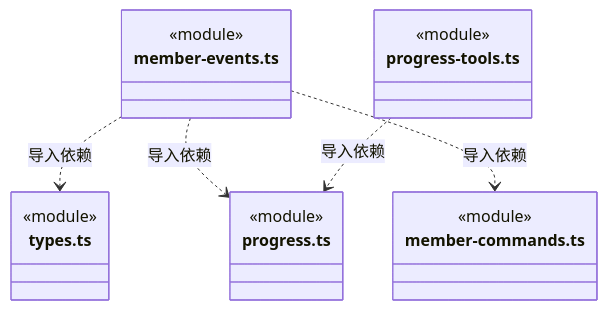
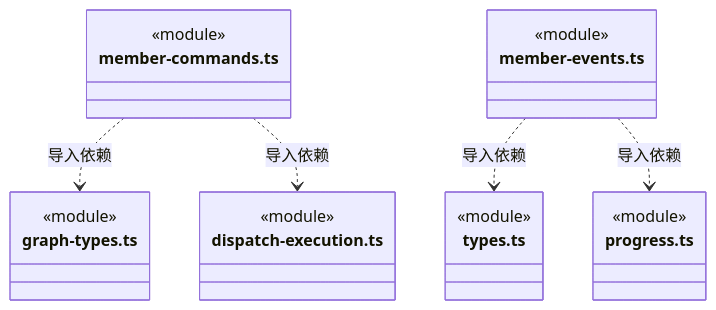
Diagram 43 of 47 in src/backend/core/tasks/ARCHITECTURE.md (nan023062/cbim), drawn with Mermaid before and after one commit. The commit also changed other lines of this file and 55 other files, not shown here.

````diff
--- a/src/backend/core/tasks/ARCHITECTURE.md
+++ b/src/backend/core/tasks/ARCHITECTURE.md
@@ -1074,22 +1099,25 @@
 ```mermaid
 classDiagram
+class N_src_backend_core_tasks_member_commands_ts["member-commands.ts"] {
+  <<module>>
+}
+class N_src_backend_core_tasks_graph_types_ts["graph-types.ts"] {
+  <<module>>
+}
+class N_src_backend_core_tasks_dispatch_execution_ts["dispatch-execution.ts"] {
+  <<module>>
+}
 class N_src_backend_core_tasks_member_events_ts["member-events.ts"] {
   <<module>>
 }
 class N_src_backend_core_tasks_types_ts["types.ts"] {
   <<module>>
 }
 class N_src_backend_core_tasks_progress_ts["progress.ts"] {
   <<module>>
 }
-class N_src_backend_core_tasks_member_commands_ts["member-commands.ts"] {
-  <<module>>
-}
-class N_src_backend_core_tasks_progress_tools_ts["progress-tools.ts"] {
-  <<module>>
-}
+N_src_backend_core_tasks_member_commands_ts ..> N_src_backend_core_tasks_graph_types_ts : 导入依赖
+N_src_backend_core_tasks_member_commands_ts ..> N_src_backend_core_tasks_dispatch_execution_ts : 导入依赖
 N_src_backend_core_tasks_member_events_ts ..> N_src_backend_core_tasks_types_ts : 导入依赖
 N_src_backend_core_tasks_member_events_ts ..> N_src_backend_core_tasks_progress_ts : 导入依赖
-N_src_backend_core_tasks_member_events_ts ..> N_src_backend_core_tasks_member_commands_ts : 导入依赖
-N_src_backend_core_tasks_progress_tools_ts ..> N_src_backend_core_tasks_progress_ts : 导入依赖
 ```
````
